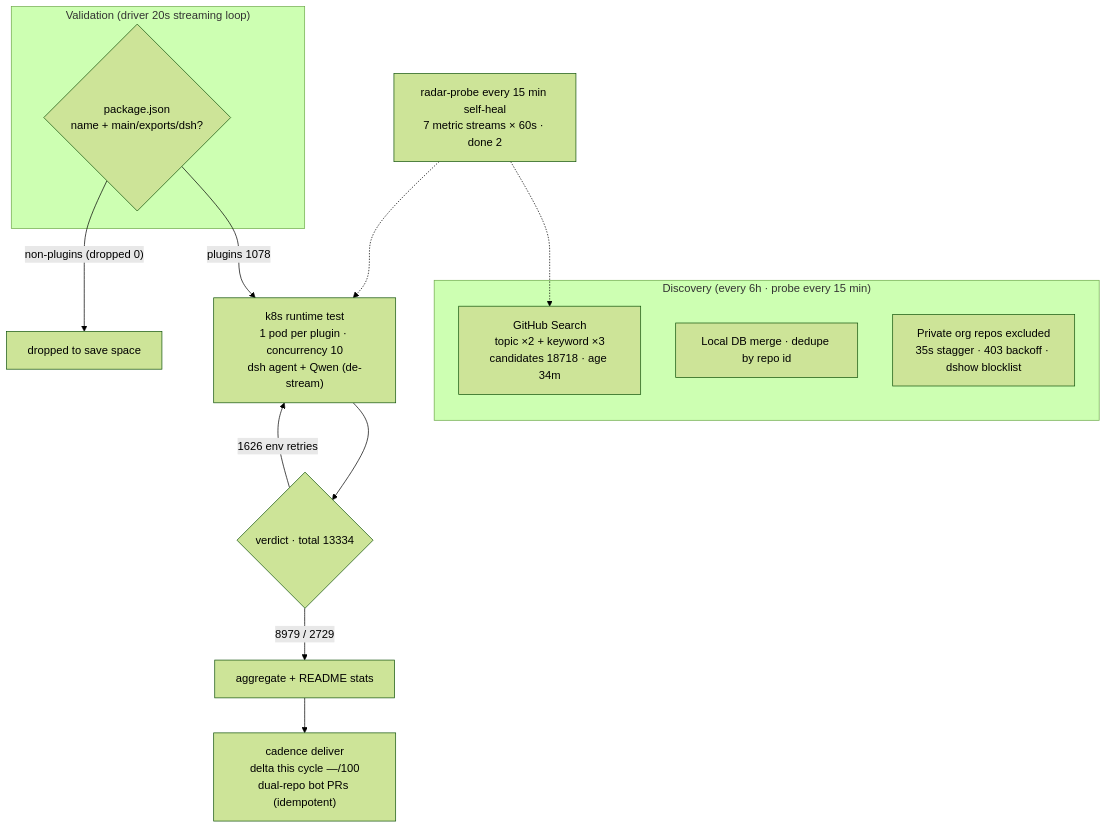
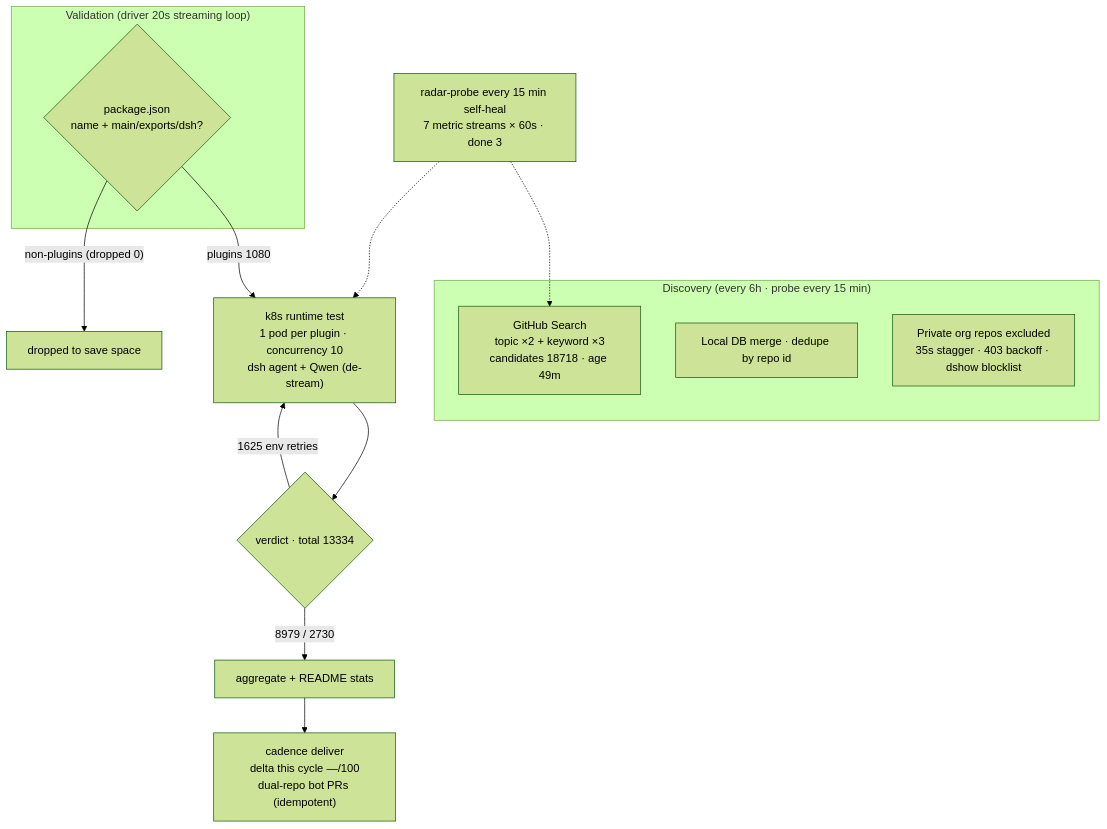
Before and after one commit to AdamPlatin123/dsh-plugin-radar: the diagram in README.en-US.md, drawn with Mermaid (forest theme). The commit also changed other lines of this file and 6 other files, not shown here.

````diff
--- a/README.en-US.md
+++ b/README.en-US.md
@@ -45,20 +45,20 @@
 ```mermaid
 flowchart TB
     subgraph Discovery["Discovery (every 6h · probe every 15 min)"]
-        A1["GitHub Search<br/>topic ×2 + keyword ×3<br/>candidates 18718 · age 34m"]
+        A1["GitHub Search<br/>topic ×2 + keyword ×3<br/>candidates 18718 · age 49m"]
         A2["Local DB merge · dedupe by repo id"]
         A3["Private org repos excluded<br/>35s stagger · 403 backoff · dshow blocklist"]
     end
     subgraph Validation["Validation (driver 20s streaming loop)"]
         B1{"package.json<br/>name + main/exports/dsh?"}
     end
-    B1 -->|"plugins 1078"| C1["k8s runtime test<br/>1 pod per plugin · concurrency 10<br/>dsh agent + Qwen (de-stream)"]
+    B1 -->|"plugins 1080"| C1["k8s runtime test<br/>1 pod per plugin · concurrency 10<br/>dsh agent + Qwen (de-stream)"]
     B1 -->|"non-plugins (dropped 0)"| B3["dropped to save space"]
     C1 --> D1{"verdict · total 13334"}
-    D1 -->|"8979 / 2729"| E1["aggregate + README stats"]
-    D1 -->|"1626 env retries"| C1
+    D1 -->|"8979 / 2730"| E1["aggregate + README stats"]
+    D1 -->|"1625 env retries"| C1
     E1 --> E2["cadence deliver<br/>delta this cycle —/100<br/>dual-repo bot PRs (idempotent)"]
-    M["radar-probe every 15 min self-heal<br/>7 metric streams × 60s · done 2"]
+    M["radar-probe every 15 min self-heal<br/>7 metric streams × 60s · done 3"]
     M -.-> A1
     M -.-> C1
 ```
````
